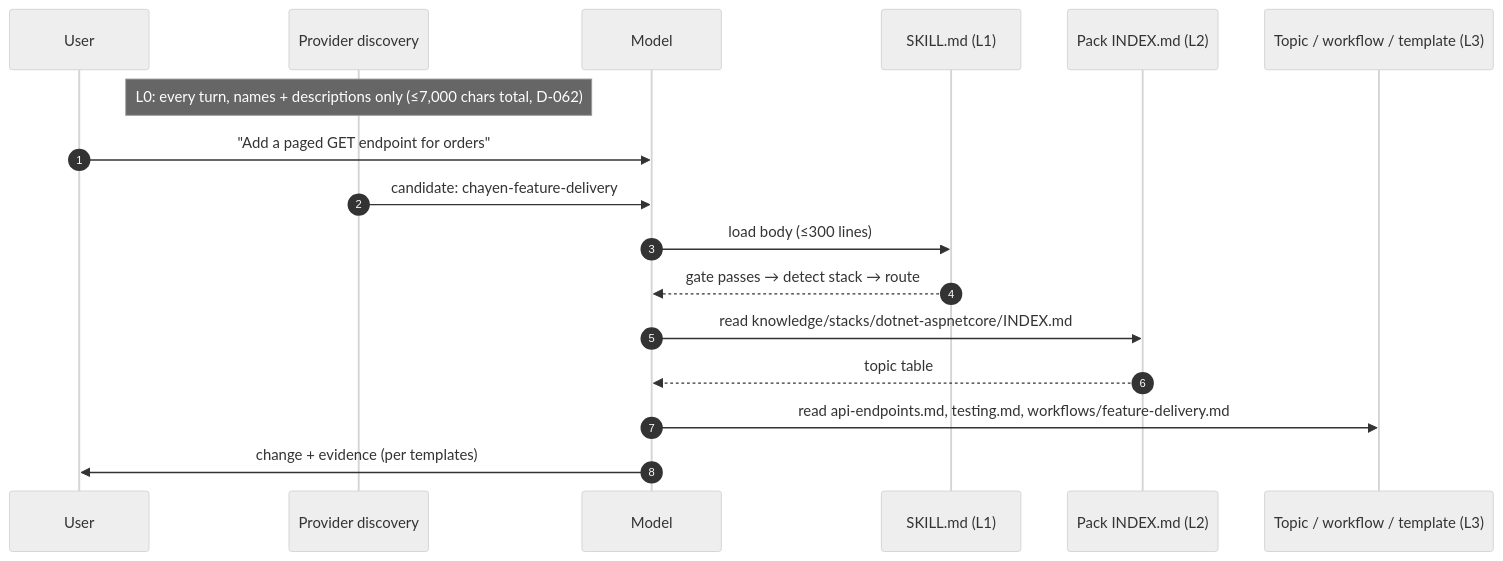
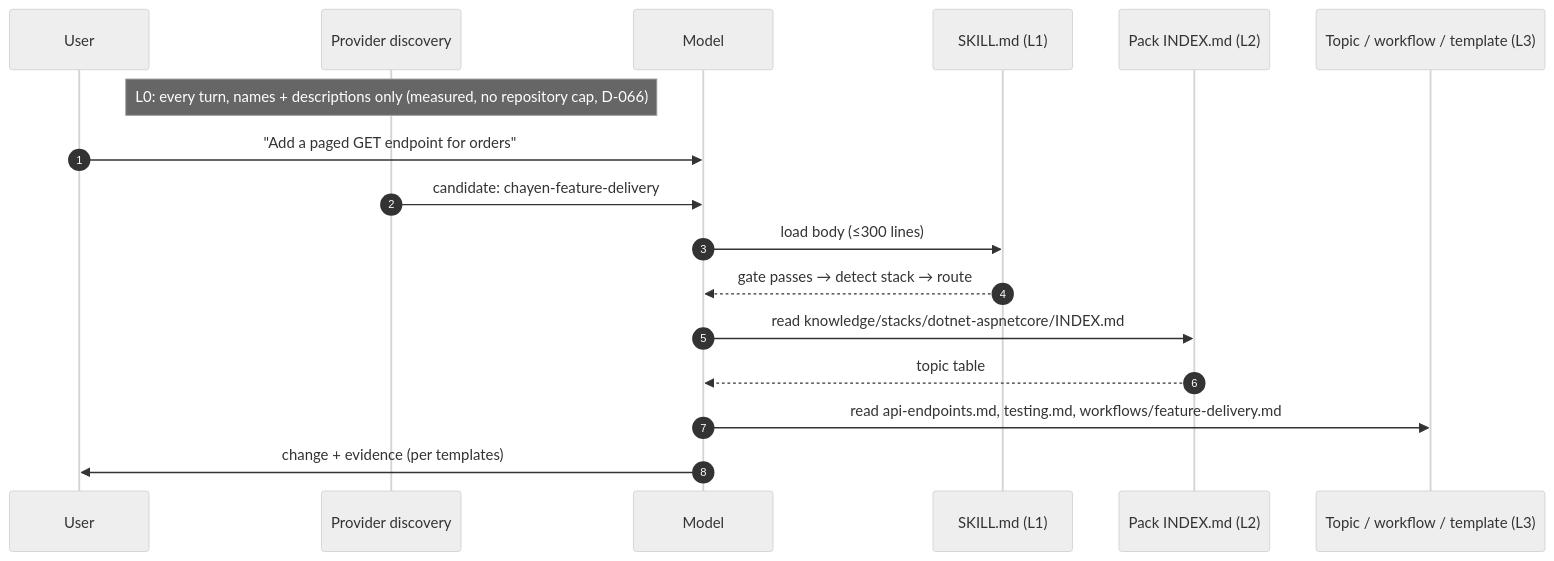
The third of 6 diagrams in docs/chayen/ARCHITECTURE.md (CodeJaDee/codejadee-chayen-framework), drawn with Mermaid (neutral theme) before and after one commit. The commit also changed other lines of this file and 79 other files, not shown here.

````diff
--- a/docs/chayen/ARCHITECTURE.md
+++ b/docs/chayen/ARCHITECTURE.md
@@ -398,19 +404,19 @@
 ```mermaid
 sequenceDiagram
     autonumber
     participant U as User
     participant P as Provider discovery
     participant M as Model
     participant S as SKILL.md (L1)
     participant I as Pack INDEX.md (L2)
     participant T as Topic / workflow / template (L3)
-    Note over P: L0: every turn, names + descriptions only (≤7,000 chars total, D-062)
+    Note over P: L0: every turn, names + descriptions only (measured, no repository cap, D-066)
     U->>M: "Add a paged GET endpoint for orders"
     P->>M: candidate: chayen-feature-delivery
     M->>S: load body (≤300 lines)
     S-->>M: gate passes → detect stack → route
     M->>I: read knowledge/stacks/dotnet-aspnetcore/INDEX.md
     I-->>M: topic table
     M->>T: read api-endpoints.md, testing.md, workflows/feature-delivery.md
     M->>U: change + evidence (per templates)
 ```
````
